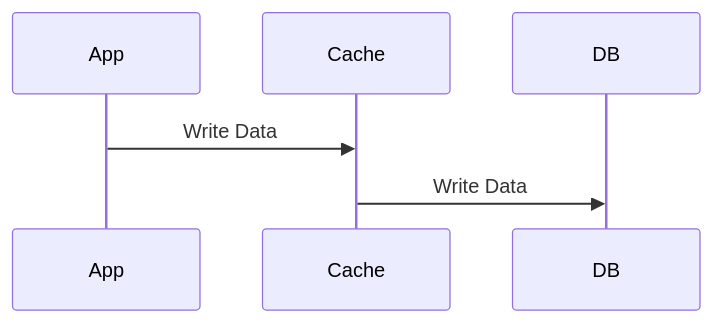
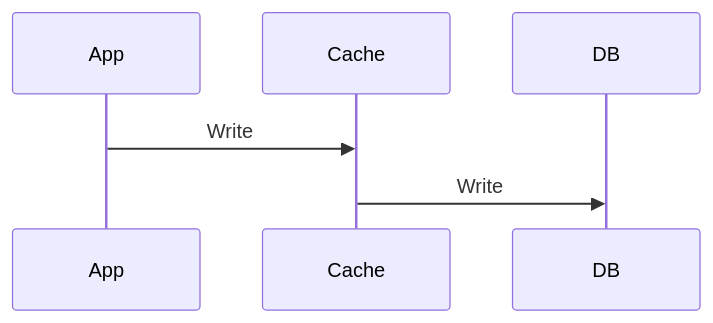
One commit to spandit230496/design_pattern changed the third of 10 diagrams in HLD/Concepts/Caching/readme.md. Above: the diagram before and after it, drawn with Mermaid. The commit also changed other lines of this file, not shown here.

Commit message:
add:cache design

````diff
--- a/HLD/Concepts/Caching/readme.md
+++ b/HLD/Concepts/Caching/readme.md
@@ -94,9 +72,9 @@
 ```mermaid
 sequenceDiagram
     participant App
     participant Cache
     participant DB
 
-    App->>Cache: Write Data
-    Cache->>DB: Write Data
+    App->>Cache: Write
+    Cache->>DB: Write
 ```
````
